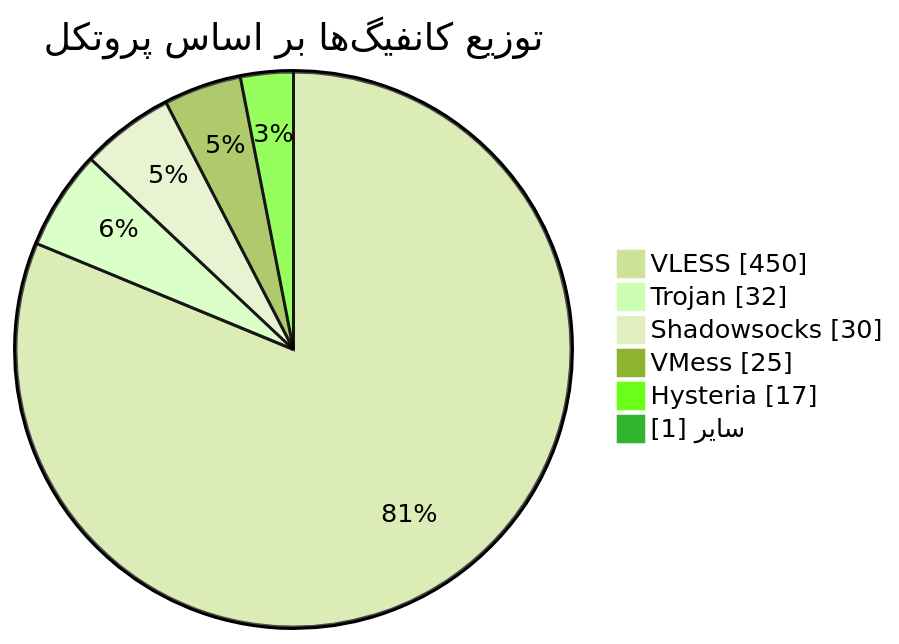
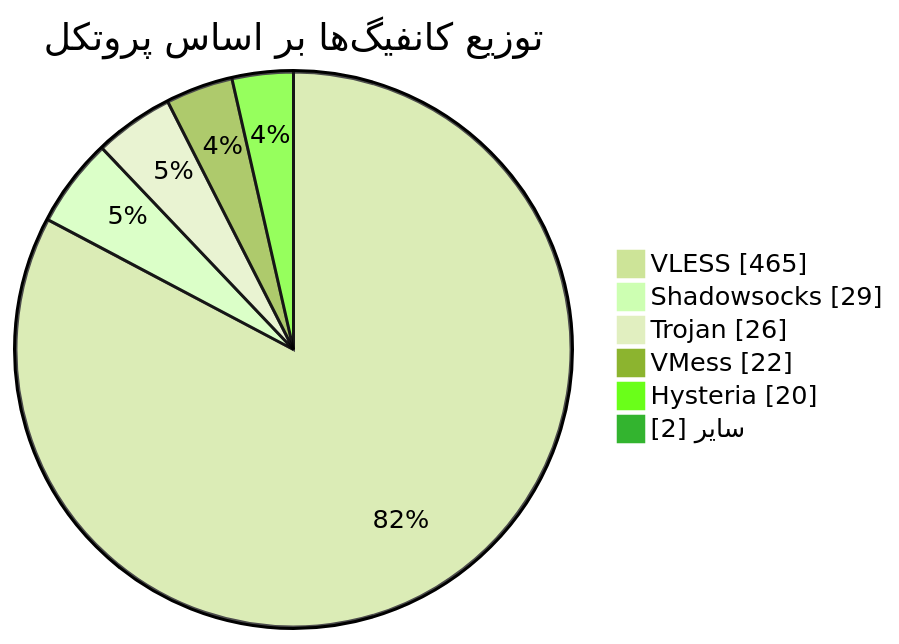
The diagram in README.md (Arian-Alijani/Somthing), drawn with Mermaid (forest theme) before and after one commit. The commit also changed other lines of this file and 73 other files, not shown here.

````diff
--- a/README.md
+++ b/README.md
@@ -48,10 +48,10 @@
 ```mermaid
 pie showData
     title توزیع کانفیگ‌ها بر اساس پروتکل
-    "VLESS" : 450
-    "Trojan" : 32
-    "Shadowsocks" : 30
-    "VMess" : 25
-    "Hysteria" : 17
-    "سایر" : 1
+    "VLESS" : 465
+    "Shadowsocks" : 29
+    "Trojan" : 26
+    "VMess" : 22
+    "Hysteria" : 20
+    "سایر" : 2
 ```
````
